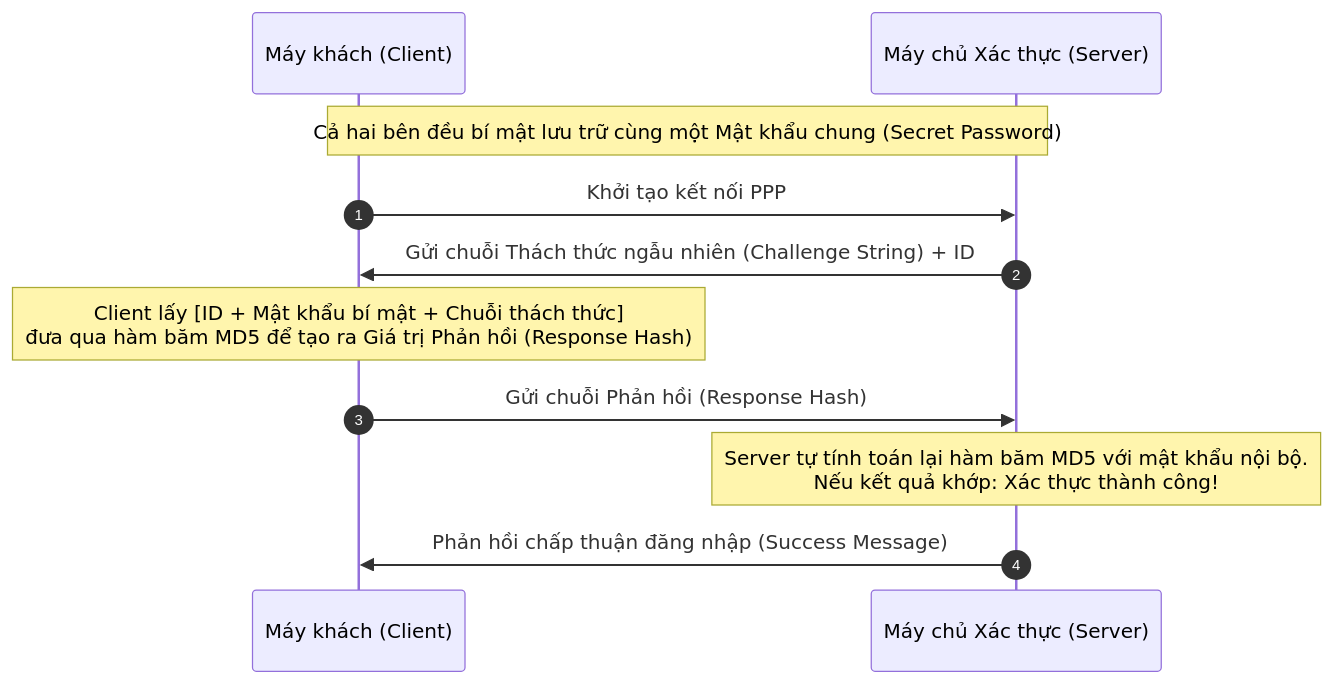
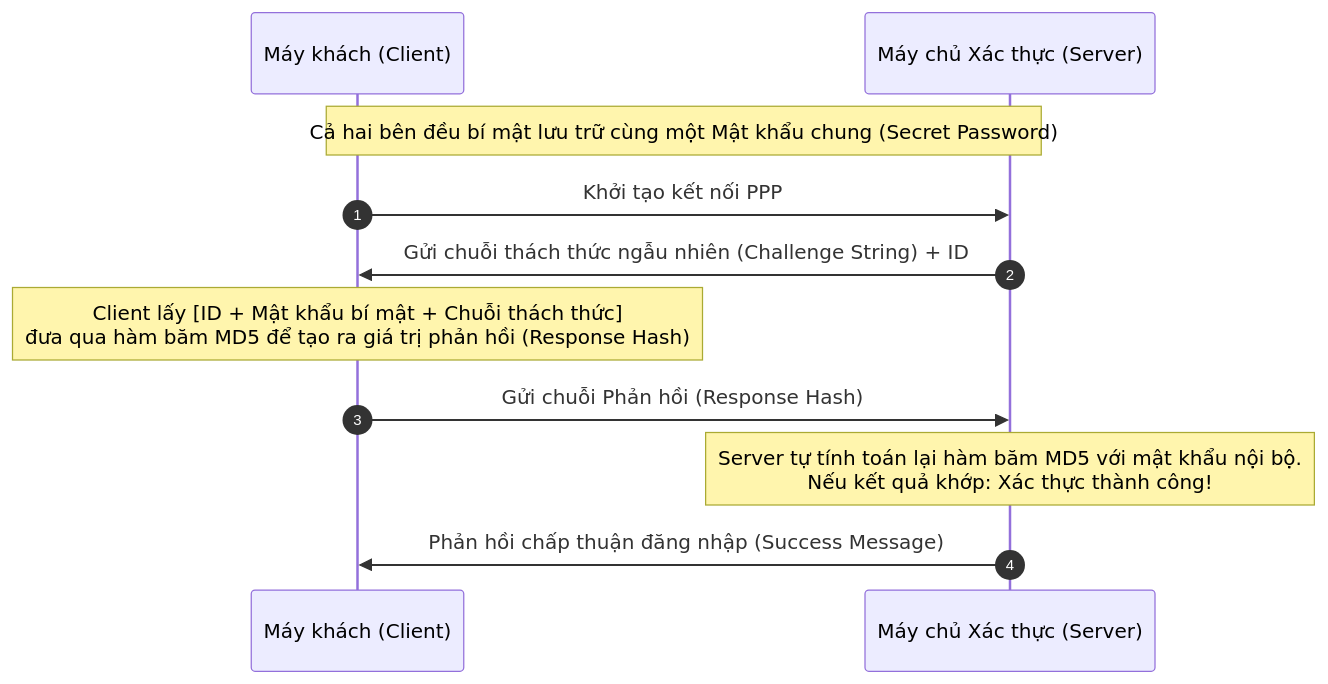
Before and after one commit to phattvh/HackTheBox_Translate: the second of 4 diagrams in Junior Cybersecurity Analyst/3. Introduction to Networking/19. Authentication Protocols.md, drawn with Mermaid. The commit also changed other lines of this file and 5 other files, not shown here.

````diff
--- a/Junior Cybersecurity Analyst/3. Introduction to Networking/19. Authentication Protocols.md
+++ b/Junior Cybersecurity Analyst/3. Introduction to Networking/19. Authentication Protocols.md
@@ -66,14 +66,14 @@
 ```mermaid
 sequenceDiagram
     autonumber
     participant Client as Máy khách (Client)
     participant Server as Máy chủ Xác thực (Server)
 
     Note over Client,Server: Cả hai bên đều bí mật lưu trữ cùng một Mật khẩu chung (Secret Password)
     Client->>Server: Khởi tạo kết nối PPP
-    Server->>Client: Gửi chuỗi Thách thức ngẫu nhiên (Challenge String) + ID
-    Note over Client: Client lấy [ID + Mật khẩu bí mật + Chuỗi thách thức]<br/>đưa qua hàm băm MD5 để tạo ra Giá trị Phản hồi (Response Hash)
+    Server->>Client: Gửi chuỗi thách thức ngẫu nhiên (Challenge String) + ID
+    Note over Client: Client lấy [ID + Mật khẩu bí mật + Chuỗi thách thức]<br/>đưa qua hàm băm MD5 để tạo ra giá trị phản hồi (Response Hash)
     Client->>Server: Gửi chuỗi Phản hồi (Response Hash)
     Note over Server: Server tự tính toán lại hàm băm MD5 với mật khẩu nội bộ.<br/>Nếu kết quả khớp: Xác thực thành công!
     Server->>Client: Phản hồi chấp thuận đăng nhập (Success Message)
 ```
````
